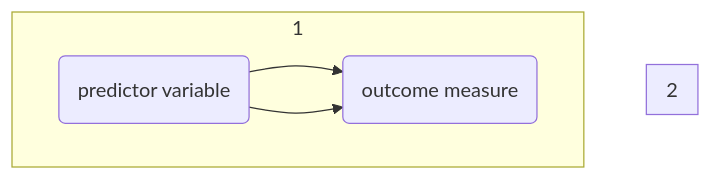
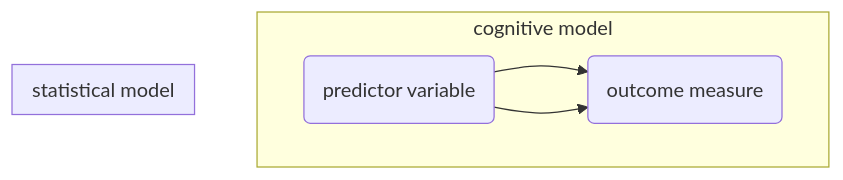
One commit to ethanweed/ExPsyLing changed the seventh of 7 diagrams in 2022/Slides/Lecture-04.md. Above: the diagram before and after it, drawn with Mermaid. The commit also changed 1 other file, not shown here.

Commit message:
auto-updated with build.sh

````diff
--- a/2022/Slides/Lecture-04.md
+++ b/2022/Slides/Lecture-04.md
@@ -372,12 +372,12 @@
 ```{.mermaid format=svg theme=forest width=400} 
 graph TB
 
-subgraph 1
+subgraph cognitive model
 A(grapheme-phoneme conversion time)-->B(reading time)
 end
 
-subgraph 2
+subgraph statistical model
 A(predictor variable)-->B(outcome measure)
 end
 
 ```
````
